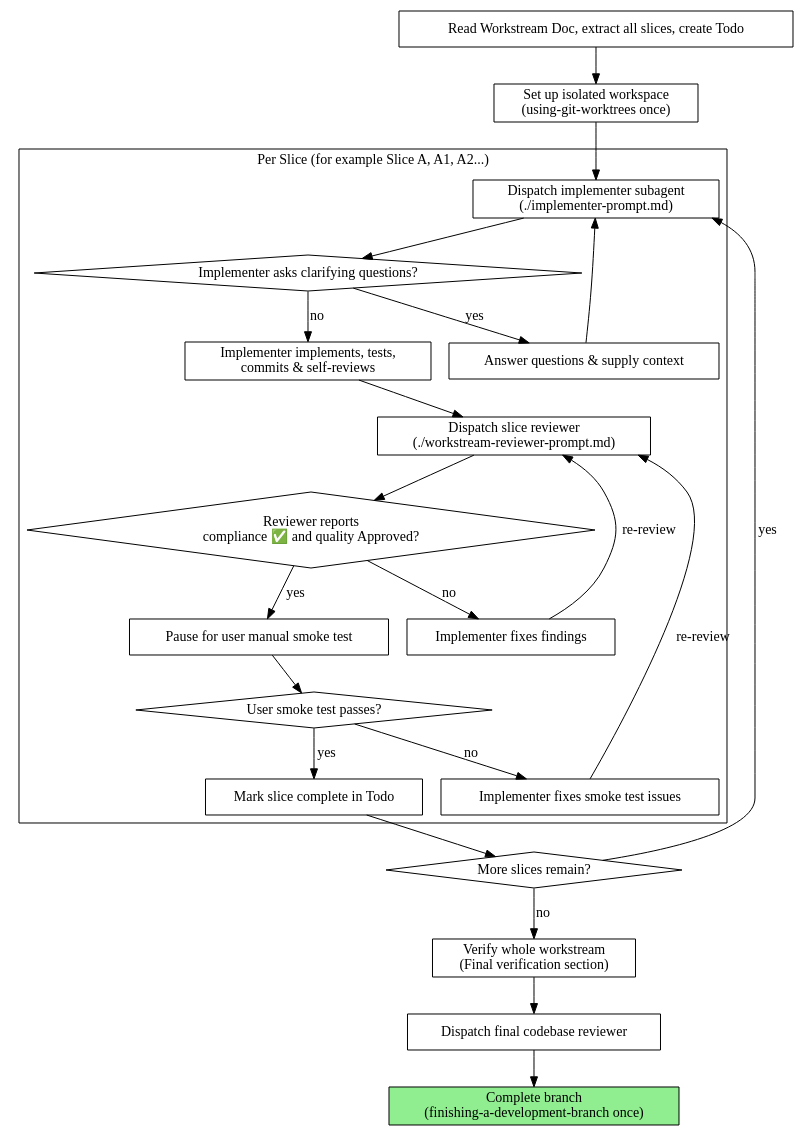
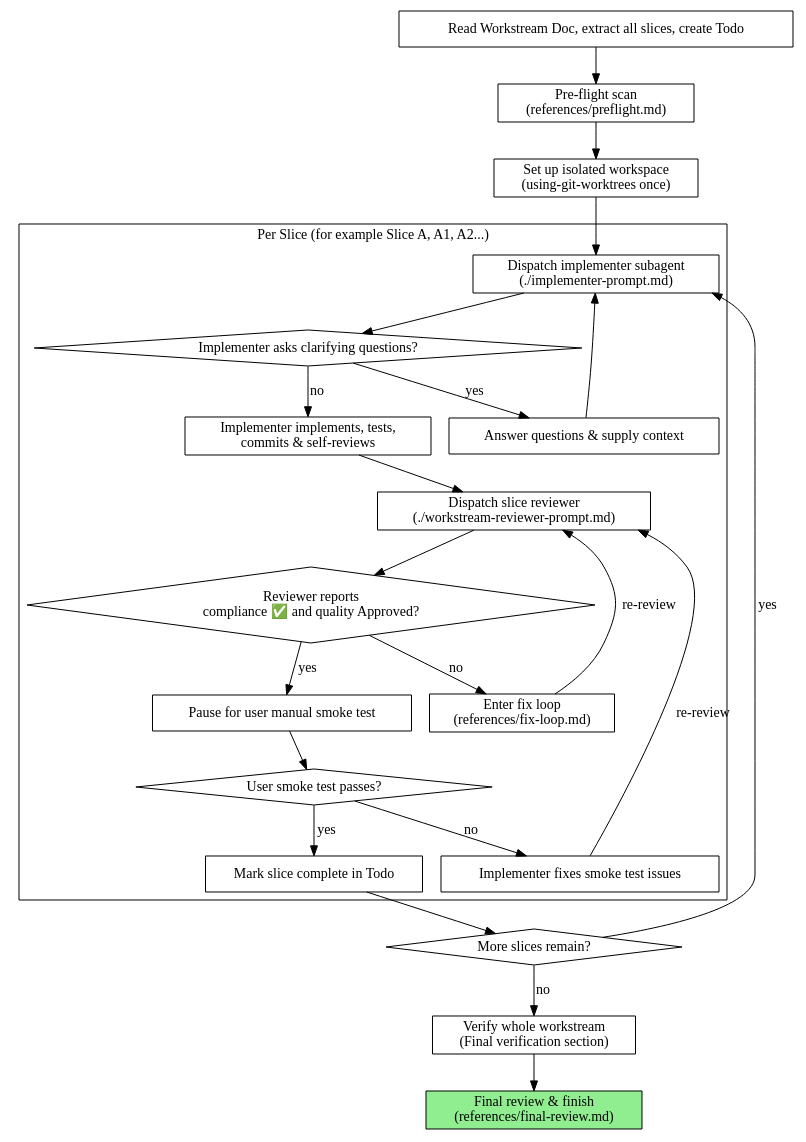
One commit to dtbndr/solopowers changed the diagram in skills/workstream-driven-development/SKILL.md. Above: the diagram before and after it, drawn with Graphviz. The commit also changed other lines of this file and 8 other files, not shown here.

````diff
--- a/skills/workstream-driven-development/SKILL.md
+++ b/skills/workstream-driven-development/SKILL.md
@@ -28,48 +28,48 @@
 ```dot
 digraph workstream_execution {
     rankdir=TB;
 
     subgraph cluster_per_slice {
         label="Per Slice (for example Slice A, A1, A2...)";
         "Dispatch implementer subagent\n(./implementer-prompt.md)" [shape=box];
         "Implementer asks clarifying questions?" [shape=diamond];
         "Answer questions & supply context" [shape=box];
         "Implementer implements, tests,\ncommits & self-reviews" [shape=box];
         "Dispatch slice reviewer\n(./workstream-reviewer-prompt.md)" [shape=box];
         "Reviewer reports\ncompliance ✅ and quality Approved?" [shape=diamond];
-        "Implementer fixes findings" [shape=box];
+        "Enter fix loop\n(references/fix-loop.md)" [shape=box];
         "Pause for user manual smoke test" [shape=box];
         "User smoke test passes?" [shape=diamond];
         "Implementer fixes smoke test issues" [shape=box];
         "Mark slice complete in Todo" [shape=box];
     }
 
     "Read Workstream Doc, extract all slices, create Todo" [shape=box];
+    "Pre-flight scan\n(references/preflight.md)" [shape=box];
     "Set up isolated workspace\n(using-git-worktrees once)" [shape=box];
     "More slices remain?" [shape=diamond];
     "Verify whole workstream\n(Final verification section)" [shape=box];
-    "Dispatch final codebase reviewer" [shape=box];
-    "Complete branch\n(finishing-a-development-branch once)" [shape=box style=filled fillcolor=lightgreen];
+    "Final review & finish\n(references/final-review.md)" [shape=box style=filled fillcolor=lightgreen];
 
-    "Read Workstream Doc, extract all slices, create Todo" -> "Set up isolated workspace\n(using-git-worktrees once)";
+    "Read Workstream Doc, extract all slices, create Todo" -> "Pre-flight scan\n(references/preflight.md)";
+    "Pre-flight scan\n(references/preflight.md)" -> "Set up isolated workspace\n(using-git-worktrees once)";
     "Set up isolated workspace\n(using-git-worktrees once)" -> "Dispatch implementer subagent\n(./implementer-prompt.md)";
     "Dispatch implementer subagent\n(./implementer-prompt.md)" -> "Implementer asks clarifying questions?";
     "Implementer asks clarifying questions?" -> "Answer questions & supply context" [label="yes"];
     "Answer questions & supply context" -> "Dispatch implementer subagent\n(./implementer-prompt.md)";
     "Implementer asks clarifying questions?" -> "Implementer implements, tests,\ncommits & self-reviews" [label="no"];
     "Implementer implements, tests,\ncommits & self-reviews" -> "Dispatch slice reviewer\n(./workstream-reviewer-prompt.md)";
     "Dispatch slice reviewer\n(./workstream-reviewer-prompt.md)" -> "Reviewer reports\ncompliance ✅ and quality Approved?";
-    "Reviewer reports\ncompliance ✅ and quality Approved?" -> "Implementer fixes findings" [label="no"];
-    "Implementer fixes findings" -> "Dispatch slice reviewer\n(./workstream-reviewer-prompt.md)" [label="re-review"];
+    "Reviewer reports\ncompliance ✅ and quality Approved?" -> "Enter fix loop\n(references/fix-loop.md)" [label="no"];
+    "Enter fix loop\n(references/fix-loop.md)" -> "Dispatch slice reviewer\n(./workstream-reviewer-prompt.md)" [label="re-review"];
     "Reviewer reports\ncompliance ✅ and quality Approved?" -> "Pause for user manual smoke test" [label="yes"];
     "Pause for user manual smoke test" -> "User smoke test passes?";
     "User smoke test passes?" -> "Implementer fixes smoke test issues" [label="no"];
     "Implementer fixes smoke test issues" -> "Dispatch slice reviewer\n(./workstream-reviewer-prompt.md)" [label="re-review"];
     "User smoke test passes?" -> "Mark slice complete in Todo" [label="yes"];
     "Mark slice complete in Todo" -> "More slices remain?";
     "More slices remain?" -> "Dispatch implementer subagent\n(./implementer-prompt.md)" [label="yes"];
     "More slices remain?" -> "Verify whole workstream\n(Final verification section)" [label="no"];
-    "Verify whole workstream\n(Final verification section)" -> "Dispatch final codebase reviewer";
-    "Dispatch final codebase reviewer" -> "Complete branch\n(finishing-a-development-branch once)";
+    "Verify whole workstream\n(Final verification section)" -> "Final review & finish\n(references/final-review.md)";
 }
 ```
````
